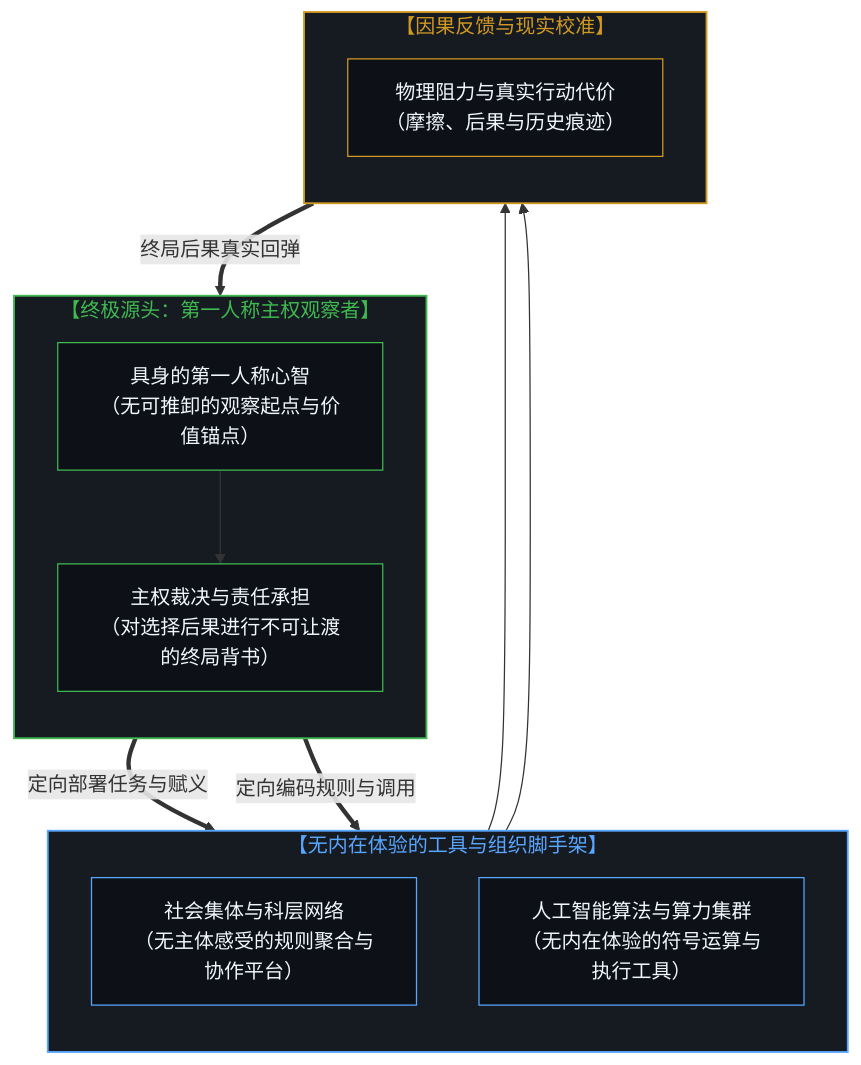
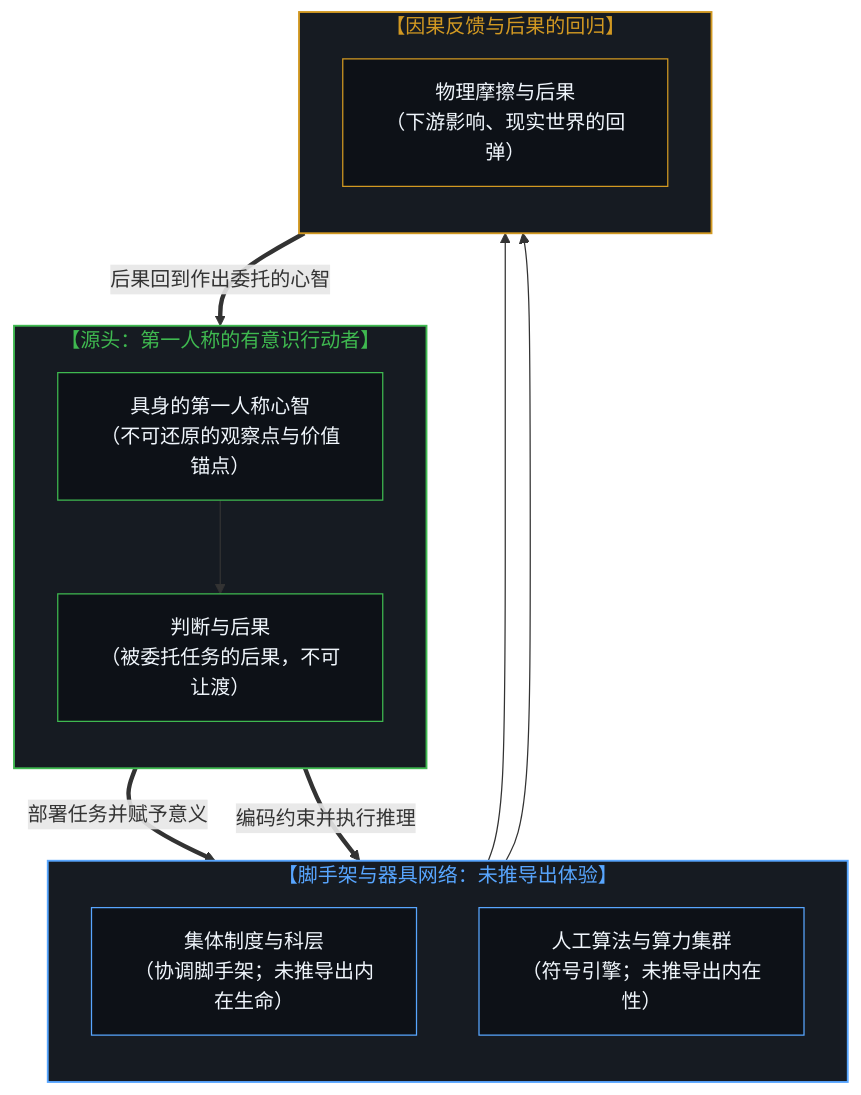
The ninth of 10 diagrams in content/posts/subtracting-consciousness-at-the-source.md (powerpig99/not-a-toe), drawn with Mermaid before and after one commit. The commit also changed other lines of this file and 2 other files, not shown here.

````diff
--- a/content/posts/subtracting-consciousness-at-the-source.md
+++ b/content/posts/subtracting-consciousness-at-the-source.md
@@ -261,33 +261,33 @@
 ```mermaid
 graph TD
-    subgraph S_SovereignOrigin["【终极源头：第一人称主权观察者】"]
+    subgraph S_SovereignOrigin["【源头：第一人称的有意识行动者】"]
         direction TB
-        SO1["具身的第一人称心智<br/>（无可推卸的观察起点与价值锚点）"] --> SO2["主权裁决与责任承担<br/>（对选择后果进行不可让渡的终局背书）"]
+        SOE1["具身的第一人称心智<br/>（不可还原的观察点与价值锚点）"] --> SOE2["判断与后果<br/>（被委托任务的后果，不可让渡）"]
     end
 
-    subgraph S_InstrumentNetwork["【无内在体验的工具与组织脚手架】"]
+    subgraph S_InstrumentNetwork["【脚手架与器具网络：未推导出体验】"]
         direction TB
-        IN1["社会集体与科层网络<br/>（无主体感受的规则聚合与协作平台）"]
-        IN2["人工智能算法与算力集群<br/>（无内在体验的符号运算与执行工具）"]
+        INE1["集体制度与科层<br/>（协调脚手架；未推导出内在生命）"]
+        INE2["人工算法与算力集群<br/>（符号引擎；未推导出内在性）"]
     end
 
-    subgraph S_FeedbackLoop["【因果反馈与现实校准】"]
+    subgraph S_FeedbackLoop["【因果反馈与后果的回归】"]
         direction TB
-        FL1["物理阻力与真实行动代价<br/>（摩擦、后果与历史痕迹）"]
+        FLE1["物理摩擦与后果<br/>（下游影响、现实世界的回弹）"]
     end
 
-    SO1 ==>|"定向部署任务与赋义"| IN1
-    SO1 ==>|"定向编码规则与调用"| IN2
-    IN1 --> FL1
-    IN2 --> FL1
-    FL1 ==>|"终局后果真实回弹"| SO2
+    SOE1 ==>|"部署任务并赋予意义"| INE1
+    SOE1 ==>|"编码约束并执行推理"| INE2
+    INE1 --> FLE1
+    INE2 --> FLE1
+    FLE1 ==>|"后果回到作出委托的心智"| SOE2
 
     style S_SovereignOrigin fill:#161b22,stroke:#3fb950,stroke-width:1.5px,color:#3fb950
     style S_InstrumentNetwork fill:#161b22,stroke:#58a6ff,stroke-width:1.5px,color:#58a6ff
     style S_FeedbackLoop fill:#161b22,stroke:#d29922,stroke-width:1.5px,color:#d29922
-    style SO1 fill:#0d1117,stroke:#3fb950,stroke-width:1px,color:#f0f6fc
-    style SO2 fill:#0d1117,stroke:#3fb950,stroke-width:1px,color:#f0f6fc
-    style IN1 fill:#0d1117,stroke:#58a6ff,stroke-width:1px,color:#f0f6fc
-    style IN2 fill:#0d1117,stroke:#58a6ff,stroke-width:1px,color:#f0f6fc
-    style FL1 fill:#0d1117,stroke:#d29922,stroke-width:1px,color:#f0f6fc
+    style SOE1 fill:#0d1117,stroke:#3fb950,stroke-width:1px,color:#f0f6fc
+    style SOE2 fill:#0d1117,stroke:#3fb950,stroke-width:1px,color:#f0f6fc
+    style INE1 fill:#0d1117,stroke:#58a6ff,stroke-width:1px,color:#f0f6fc
+    style INE2 fill:#0d1117,stroke:#58a6ff,stroke-width:1px,color:#f0f6fc
+    style FLE1 fill:#0d1117,stroke:#d29922,stroke-width:1px,color:#f0f6fc
 ```
````
